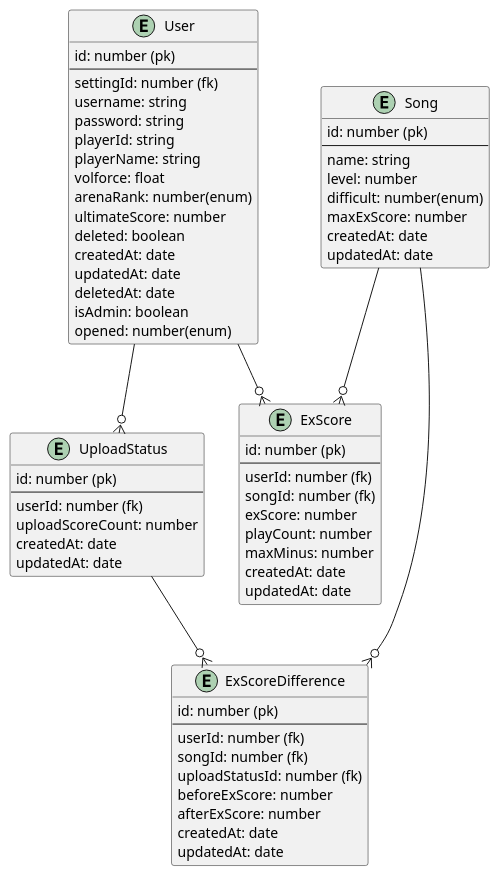
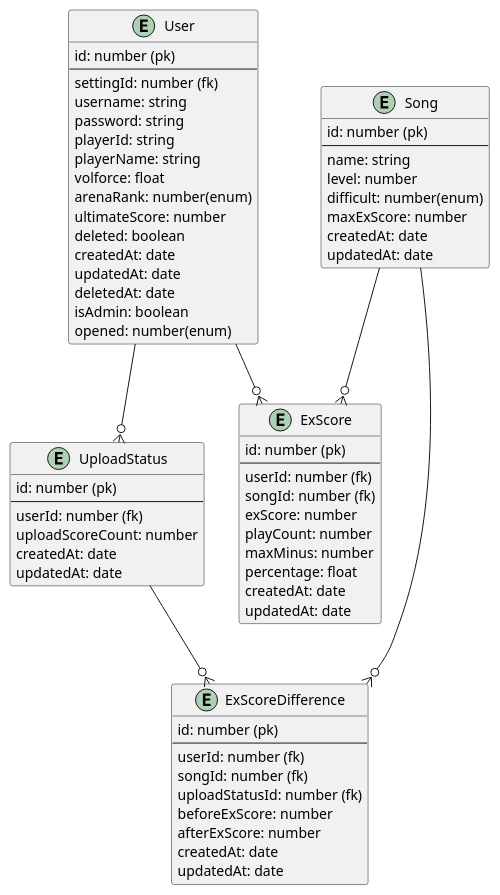
The diagram in design/dbDchema.pu (saezurucrow/sdvx-est), drawn with PlantUML before and after one commit. The commit also changed 7 other files, not shown here.

```diff
--- a/design/dbDchema.pu
+++ b/design/dbDchema.pu
@@ -1,79 +1,80 @@
 @startuml sdvxest
 
 entity User {
   id: number (pk)
   --
   settingId: number (fk)
   username: string
   password: string
   playerId: string
   playerName: string
   volforce: float
   arenaRank: number(enum)
   ultimateScore: number
   deleted: boolean
   createdAt: date
   updatedAt: date
   deletedAt: date
   isAdmin: boolean
   opened: number(enum)
 }
 ' (op)rivalData
 
 ' # TODO: 正規化
 entity Song {
   id: number (pk)
   --
   name: string
   level: number
   difficult: number(enum)
   maxExScore: number
   createdAt: date
   updatedAt: date
 }
 ' (op) bpm(min - max)
 
 entity ExScore {
   id: number (pk)
   --
   userId: number (fk)
   songId: number (fk)
   exScore: number
   playCount: number
   maxMinus: number
+  percentage: float
   createdAt: date
   updatedAt: date
 }
 
 ' アップロード状況
 entity UploadStatus {
   id: number (pk)
   --
   userId: number (fk)
   uploadScoreCount: number
   createdAt: date
   updatedAt: date
 }
 
 ' 差分
 entity ExScoreDifference {
   id: number (pk)
   --
   userId: number (fk)
   songId: number (fk)
   uploadStatusId: number (fk)
   beforeExScore: number
   afterExScore: number
   createdAt: date
   updatedAt: date
 }
 
 User --o{ UploadStatus
 User --o{ ExScore
 
 Song --o{ ExScore
 Song --o{ ExScoreDifference
 
 UploadStatus --o{ ExScoreDifference
 
 @enduml
```
